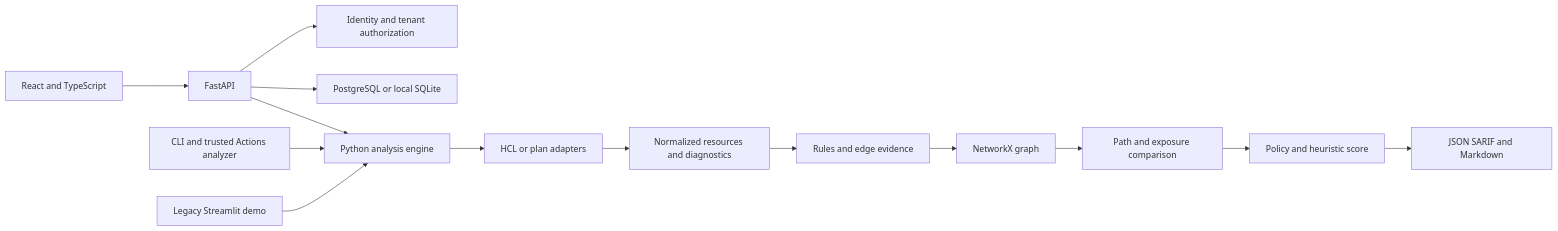
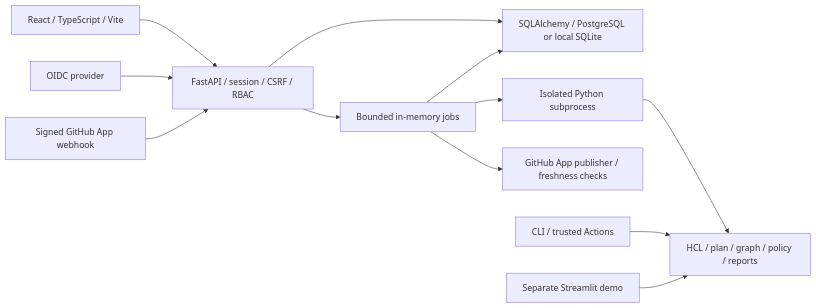
The diagram in docs/architecture.md (Mighiana/BlastRadius), drawn with Mermaid before and after one commit. The commit also changed other lines of this file and 14 other files, not shown here.

````diff
--- a/docs/architecture.md
+++ b/docs/architecture.md
@@ -14,16 +5,14 @@
 ```mermaid
 flowchart LR
-    Browser["React and TypeScript"] --> API["FastAPI"]
-    API --> Identity["Identity and tenant authorization"]
-    API --> Store["PostgreSQL or local SQLite"]
-    API --> Engine["Python analysis engine"]
-    CLI["CLI and trusted Actions analyzer"] --> Engine
-    Legacy["Legacy Streamlit demo"] --> Engine
-    Engine --> Inputs["HCL or plan adapters"]
-    Inputs --> Resources["Normalized resources and diagnostics"]
-    Resources --> Rules["Rules and edge evidence"]
-    Rules --> Graph["NetworkX graph"]
-    Graph --> Diff["Path and exposure comparison"]
-    Diff --> Decision["Policy and heuristic score"]
-    Decision --> Reports["JSON SARIF and Markdown"]
+    Browser["React / TypeScript / Vite"] --> API["FastAPI / session / CSRF / RBAC"]
+    OIDC["OIDC provider"] --> API
+    GitHub["Signed GitHub App webhook"] --> API
+    API --> Store["SQLAlchemy / PostgreSQL or local SQLite"]
+    API --> Jobs["Bounded in-memory jobs"]
+    Jobs --> Worker["Isolated Python subprocess"]
+    Worker --> Engine["HCL / plan / graph / policy / reports"]
+    Jobs --> Store
+    Jobs --> Publisher["GitHub App publisher / freshness checks"]
+    CLI["CLI / trusted Actions"] --> Engine
+    Legacy["Separate Streamlit demo"] --> Engine
 ```
````
